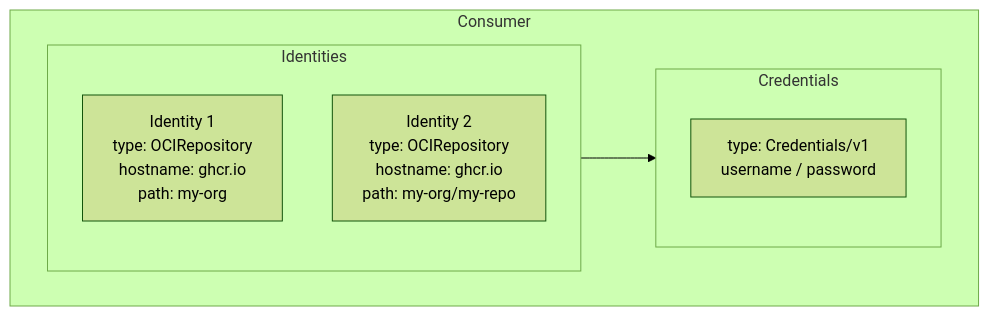
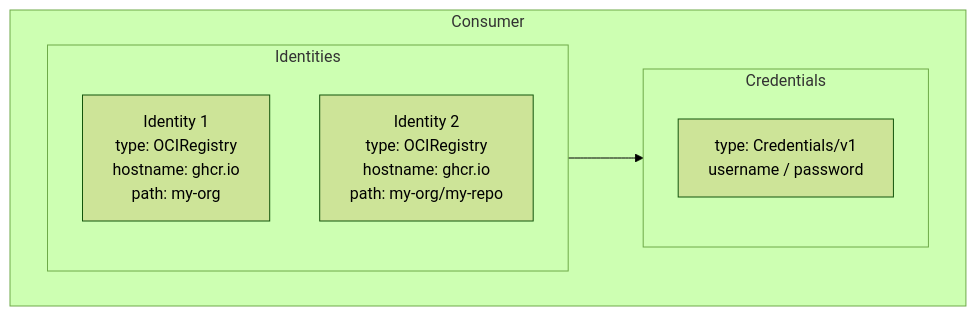
Before and after one commit to open-component-model/ocm-website: the first of 2 diagrams in content/docs/concepts/credential-system.md, drawn with Mermaid (forest theme). The commit also changed other lines of this file and 5 other files, not shown here.

First line of the commit message:
chore: update identity type to `OCIRegistry` and replace `pathprefix` with `path` (#759)

````diff
--- a/content/docs/concepts/credential-system.md
+++ b/content/docs/concepts/credential-system.md
@@ -23,14 +23,14 @@
 ```mermaid
 flowchart TB
     subgraph consumer ["Consumer"]
         direction LR
         subgraph identities ["Identities"]
-            id1["Identity 1<br>type: OCIRepository<br>hostname: ghcr.io<br>path: my-org"]
-            id2["Identity 2<br>type: OCIRepository<br>hostname: ghcr.io<br>path: my-org/my-repo"]
+            id1["Identity 1<br>type: OCIRegistry<br>hostname: ghcr.io<br>path: my-org"]
+            id2["Identity 2<br>type: OCIRegistry<br>hostname: ghcr.io<br>path: my-org/my-repo"]
         end
         subgraph credentials ["Credentials"]
             cred["type: Credentials/v1<br>username / password"]
         end
         identities --> credentials
     end
 ```
````
